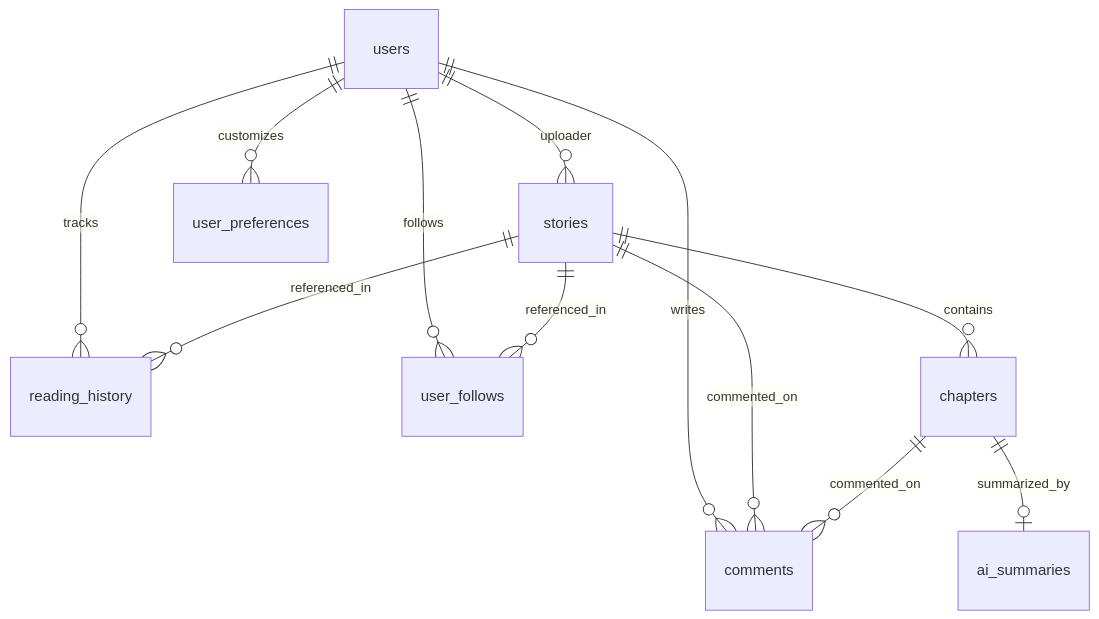
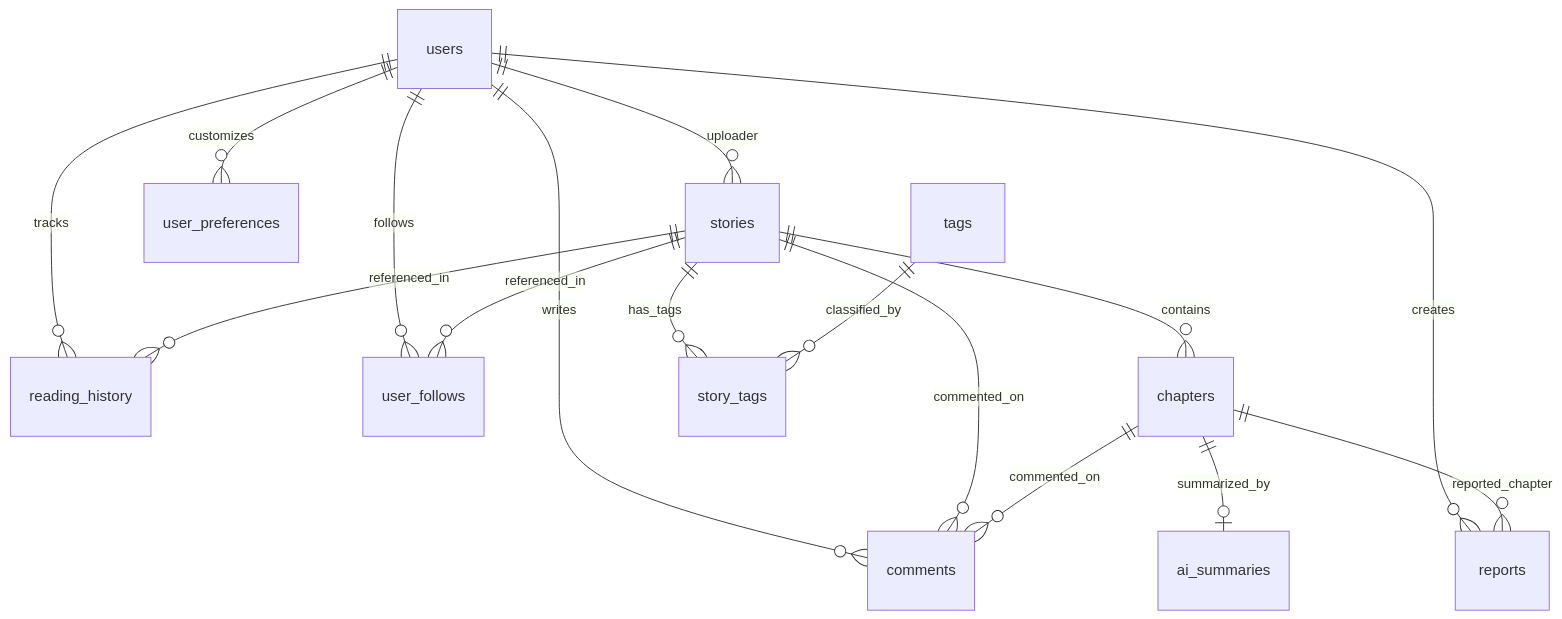
Before and after one commit to ThanhNT2k/web-app-project: the second of 2 diagrams in docs/technical/ARCHITECTURE.md, drawn with Mermaid. The commit also changed other lines of this file and 12 other files, not shown here.

````diff
--- a/docs/technical/ARCHITECTURE.md
+++ b/docs/technical/ARCHITECTURE.md
@@ -24,14 +24,18 @@
 ```mermaid
 erDiagram
     users ||--o{ stories : "uploader"
     users ||--o{ reading_history : "tracks"
     users ||--o{ user_follows : "follows"
     users ||--o{ comments : "writes"
     users ||--o{ user_preferences : "customizes"
+    users ||--o{ reports : "creates"
     stories ||--o{ chapters : "contains"
     stories ||--o{ reading_history : "referenced_in"
     stories ||--o{ user_follows : "referenced_in"
     stories ||--o{ comments : "commented_on"
+    stories ||--o{ story_tags : "has_tags"
+    tags ||--o{ story_tags : "classified_by"
     chapters ||--o{ comments : "commented_on"
     chapters ||--o| ai_summaries : "summarized_by"
+    chapters ||--o{ reports : "reported_chapter"
 ```
````
